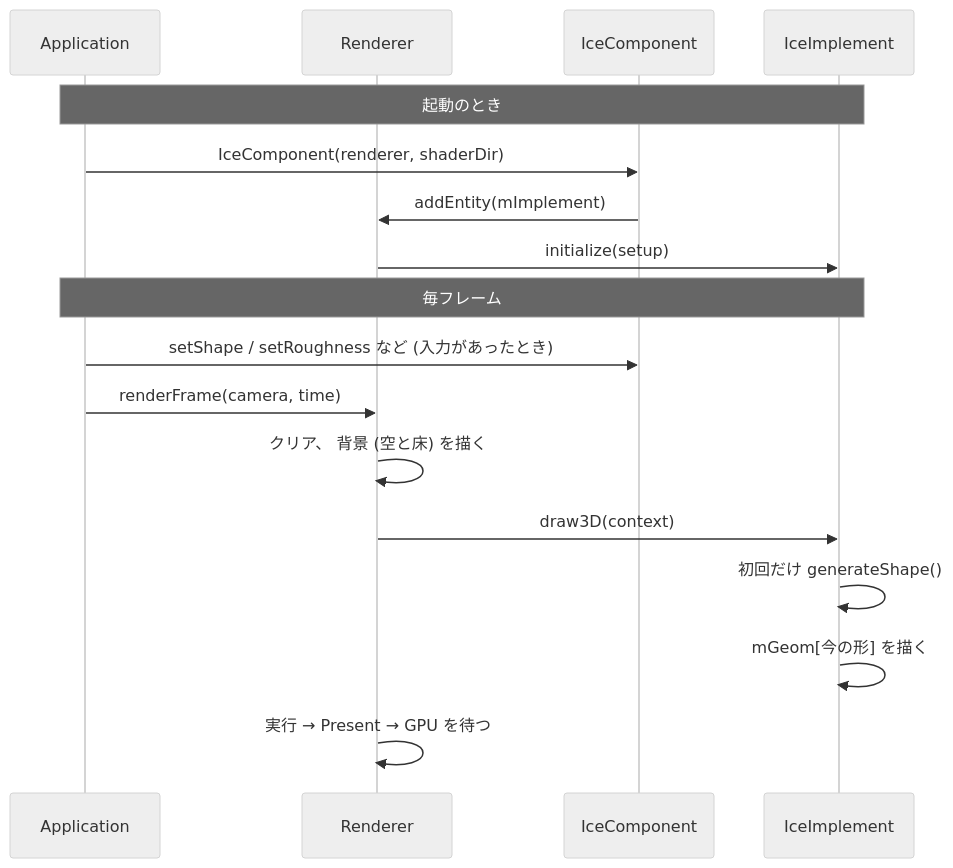
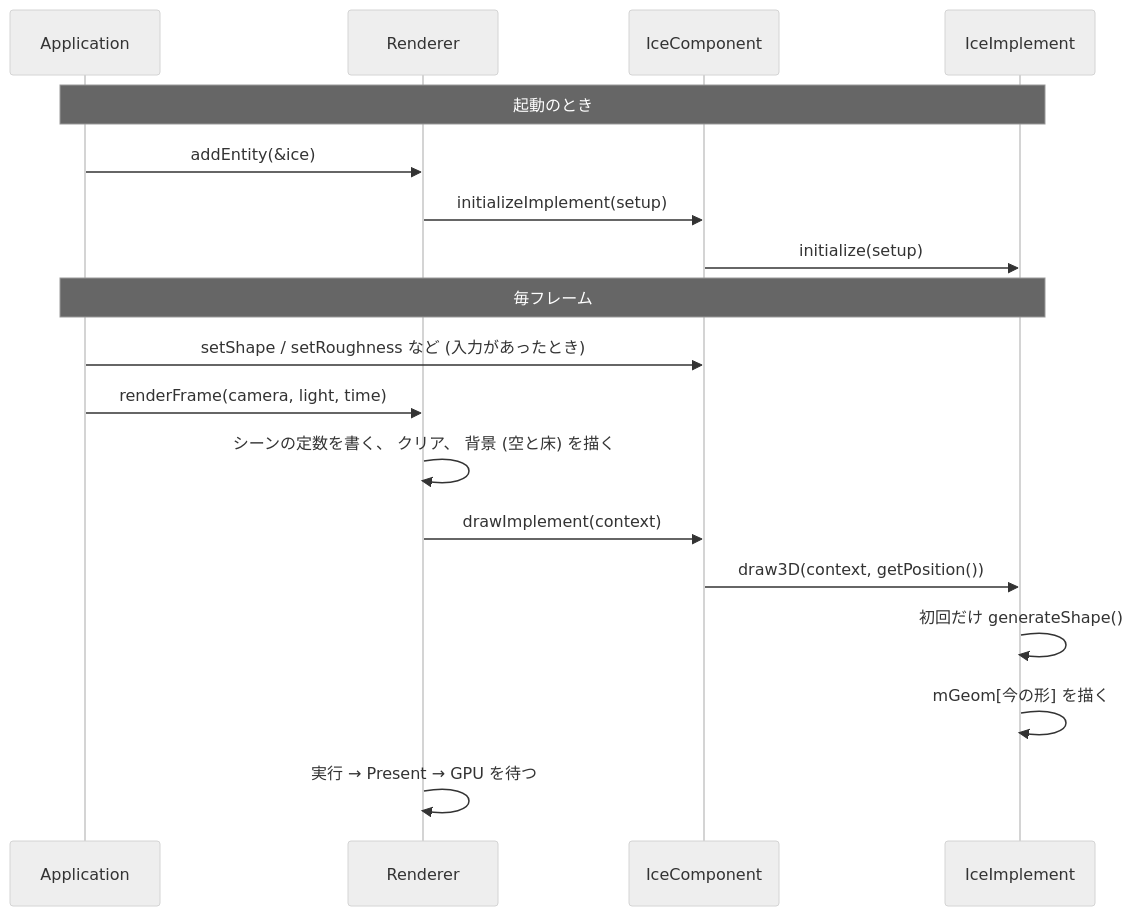
One commit to HayatoOtsuki/Test changed the first of 3 diagrams in docs/DESIGN.md. Above: the diagram before and after it, drawn with Mermaid (neutral theme). The commit also changed other lines of this file and 2 other files, not shown here.

First line of the commit message:
docs: describe IceComponent as a RenderEntity with a Material

````diff
--- a/docs/DESIGN.md
+++ b/docs/DESIGN.md
@@ -75,19 +76,20 @@
 ```mermaid
 sequenceDiagram
     participant App as Application
     participant R as Renderer
     participant Ice as IceComponent
     participant Impl as IceImplement
     Note over App,Impl: 起動のとき
-    App->>Ice: IceComponent(renderer, shaderDir)
-    Ice->>R: addEntity(mImplement)
-    R->>Impl: initialize(setup)
+    App->>R: addEntity(&ice)
+    R->>Ice: initializeImplement(setup)
+    Ice->>Impl: initialize(setup)
     Note over App,Impl: 毎フレーム
     App->>Ice: setShape / setRoughness など (入力があったとき)
-    App->>R: renderFrame(camera, time)
-    R->>R: クリア、 背景 (空と床) を描く
-    R->>Impl: draw3D(context)
+    App->>R: renderFrame(camera, light, time)
+    R->>R: シーンの定数を書く、 クリア、 背景 (空と床) を描く
+    R->>Ice: drawImplement(context)
+    Ice->>Impl: draw3D(context, getPosition())
     Impl->>Impl: 初回だけ generateShape()
     Impl->>Impl: mGeom[今の形] を描く
     R->>R: 実行 → Present → GPU を待つ
 ```
````
